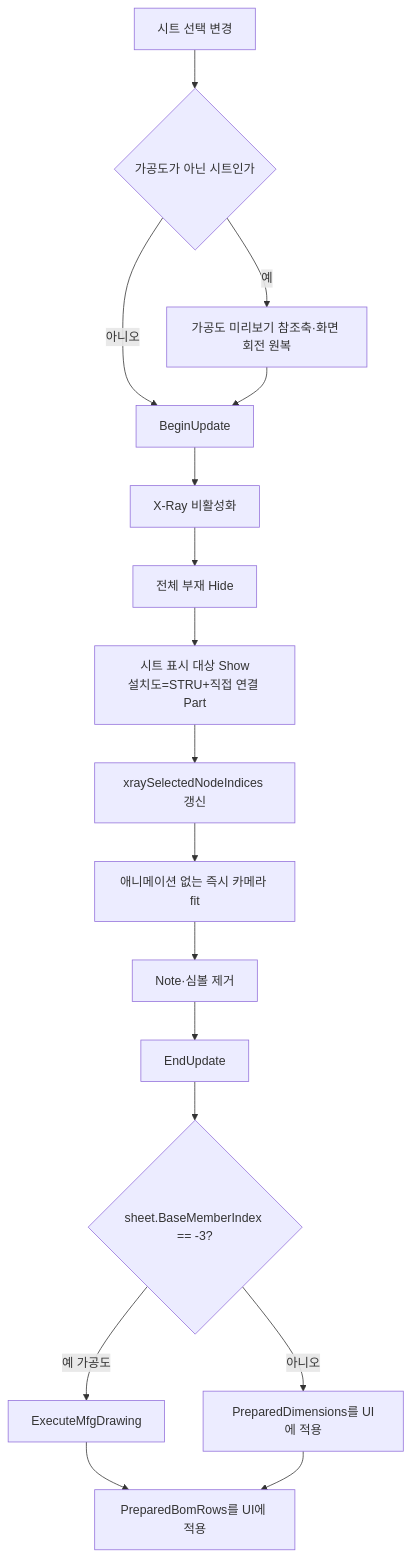
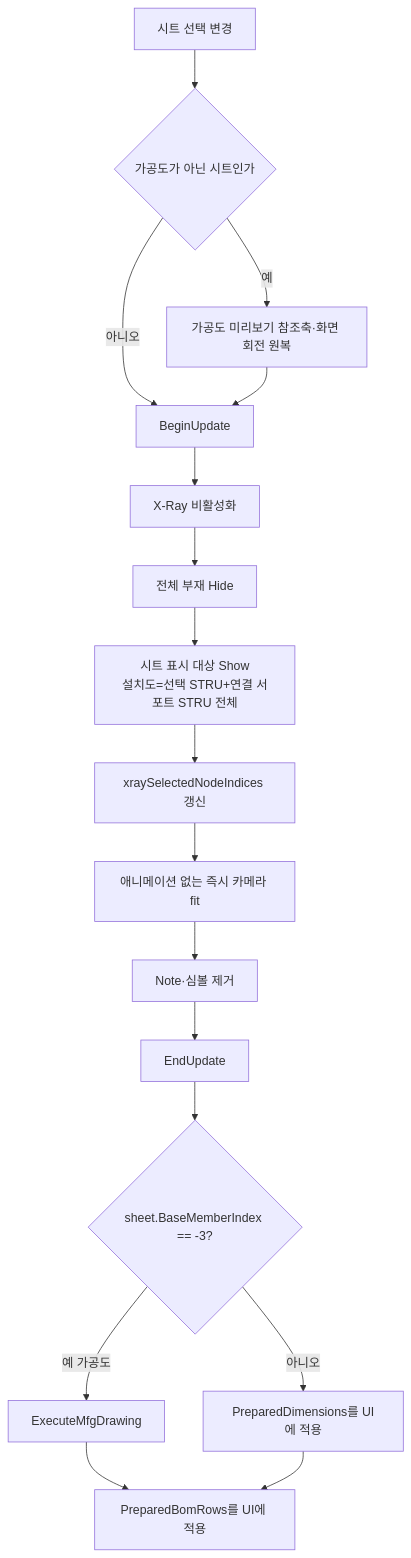
One commit to uuuuj/a2z changed the diagram in docs/기능/도면시트/시트 선택.md. Above: the diagram before and after it, drawn with Mermaid. The commit also changed other lines of this file and 7 other files, not shown here.

First line of the commit message:
feat: BOM unset 행 읽힌 값 보존 + 설치도 연결 서포트 전체 표시 (#63)

````diff
--- a/docs/기능/도면시트/시트 선택.md
+++ b/docs/기능/도면시트/시트 선택.md
@@ -28,19 +28,19 @@
 ```mermaid
 flowchart TD
     A[시트 선택 변경] --> A1{"가공도가 아닌 시트인가"}
     A1 -- 예 --> A2["가공도 미리보기 참조축·화면 회전 원복"]
     A1 -- 아니오 --> B
     A2 --> B[BeginUpdate]
     B --> C[X-Ray 비활성화]
     C --> D[전체 부재 Hide]
-    D --> E[시트 표시 대상 Show<br/>설치도=STRU+직접 연결 Part]
+    D --> E[시트 표시 대상 Show<br/>설치도=선택 STRU+연결 서포트 STRU 전체]
     E --> F[xraySelectedNodeIndices 갱신]
     F --> G[애니메이션 없는 즉시 카메라 fit]
     G --> H[Note·심볼 제거]
     H --> I[EndUpdate]
     I --> J{sheet.BaseMemberIndex == -3?}
     J -- 예 가공도 --> K[ExecuteMfgDrawing]
     J -- 아니오 --> L[PreparedDimensions를 UI에 적용]
     K --> M[PreparedBomRows를 UI에 적용]
     L --> M
 ```
````
